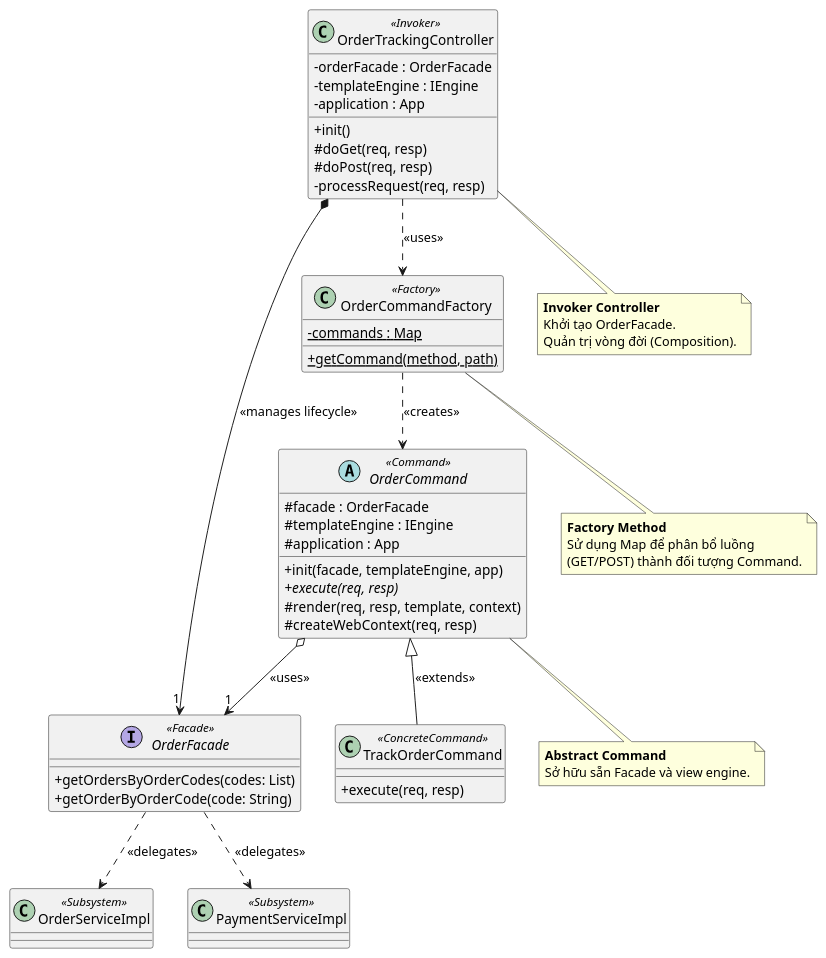
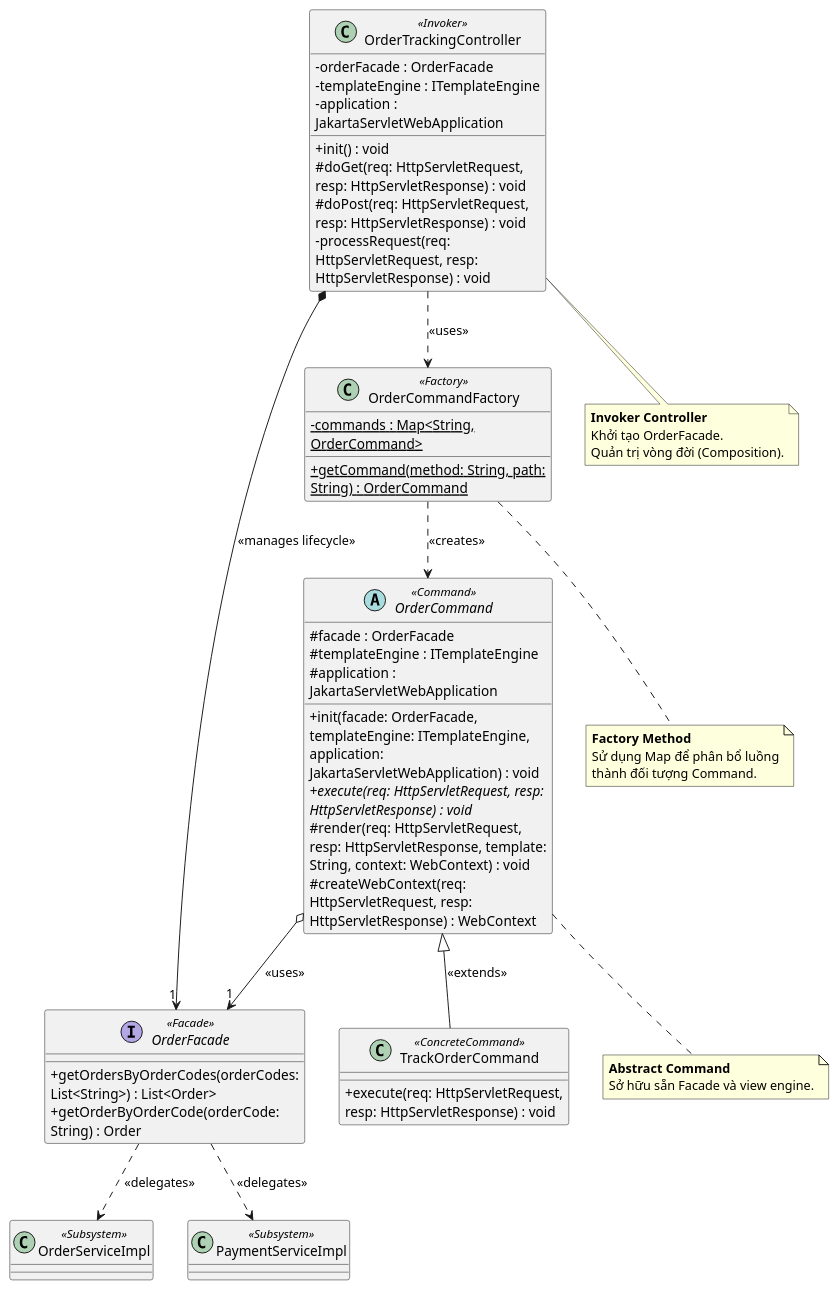
The diagram in src/Okarin_Pattern_Puml/command_facade_order_tracking.puml (trihieuvo/justFUML), drawn with PlantUML before and after one commit. The commit also changed 2 other files, not shown here.

```diff
--- a/src/Okarin_Pattern_Puml/command_facade_order_tracking.puml
+++ b/src/Okarin_Pattern_Puml/command_facade_order_tracking.puml
@@ -1,76 +1,76 @@
 @startuml
 skinparam ClassAttributeIconSize 0
 skinparam wrapWidth 250
 skinparam spacing 50
 top to bottom direction
 
 ' --- Abstract Class ---
 abstract class OrderCommand <<Command>> {
     # facade : OrderFacade
-    # templateEngine : IEngine
-    # application : App
-    + init(facade, templateEngine, app)
-    + {abstract} execute(req, resp)
-    # render(req, resp, template, context)
-    # createWebContext(req, resp)
+    # templateEngine : ITemplateEngine
+    # application : JakartaServletWebApplication
+    + init(facade: OrderFacade, templateEngine: ITemplateEngine, application: JakartaServletWebApplication) : void
+    + {abstract} execute(req: HttpServletRequest, resp: HttpServletResponse) : void
+    # render(req: HttpServletRequest, resp: HttpServletResponse, template: String, context: WebContext) : void
+    # createWebContext(req: HttpServletRequest, resp: HttpServletResponse) : WebContext
 }
 
 ' --- Interfaces ---
 interface OrderFacade <<Facade>> {
-    + getOrdersByOrderCodes(codes: List)
-    + getOrderByOrderCode(code: String)
+    + getOrdersByOrderCodes(orderCodes: List<String>) : List<Order>
+    + getOrderByOrderCode(orderCode: String) : Order
 }
 
 ' --- Concrete Commands ---
 class TrackOrderCommand <<ConcreteCommand>> {
-    + execute(req, resp)
+    + execute(req: HttpServletRequest, resp: HttpServletResponse) : void
 }
 
 ' --- Factory ---
 class OrderCommandFactory <<Factory>> {
-    - {static} commands : Map
-    + {static} getCommand(method, path)
+    - {static} commands : Map<String, OrderCommand>
+    + {static} getCommand(method: String, path: String) : OrderCommand
 }
 
 ' --- Client / Controller ---
 class OrderTrackingController <<Invoker>> {
     - orderFacade : OrderFacade
-    - templateEngine : IEngine
-    - application : App
-    + init()
-    # doGet(req, resp)
-    # doPost(req, resp)
-    - processRequest(req, resp)
+    - templateEngine : ITemplateEngine
+    - application : JakartaServletWebApplication
+    + init() : void
+    # doGet(req: HttpServletRequest, resp: HttpServletResponse) : void
+    # doPost(req: HttpServletRequest, resp: HttpServletResponse) : void
+    - processRequest(req: HttpServletRequest, resp: HttpServletResponse) : void
 }
 
 ' --- Subsystems ---
 class OrderServiceImpl <<Subsystem>>
 class PaymentServiceImpl <<Subsystem>>
 
 ' --- Relationships ---
 OrderCommand <|-- TrackOrderCommand : "<<extends>>"
 OrderTrackingController ..> OrderCommandFactory : "<<uses>>"
 OrderCommandFactory ..> OrderCommand : "<<creates>>"
 OrderTrackingController *--> "1" OrderFacade : "<<manages lifecycle>>"
 OrderCommand o--> "1" OrderFacade : "<<uses>>"
 OrderFacade ..> OrderServiceImpl : "<<delegates>>"
 OrderFacade ..> PaymentServiceImpl : "<<delegates>>"
 
 note bottom of OrderTrackingController
   **Invoker Controller**
   Khởi tạo OrderFacade.
   Quản trị vòng đời (Composition).
 end note
 
 note bottom of OrderCommandFactory
   **Factory Method**
   Sử dụng Map để phân bổ luồng
-  (GET/POST) thành đối tượng Command.
+  thành đối tượng Command.
 end note
 
 note bottom of OrderCommand
   **Abstract Command**
   Sở hữu sẵn Facade và view engine.
 end note
 
 @enduml
```
